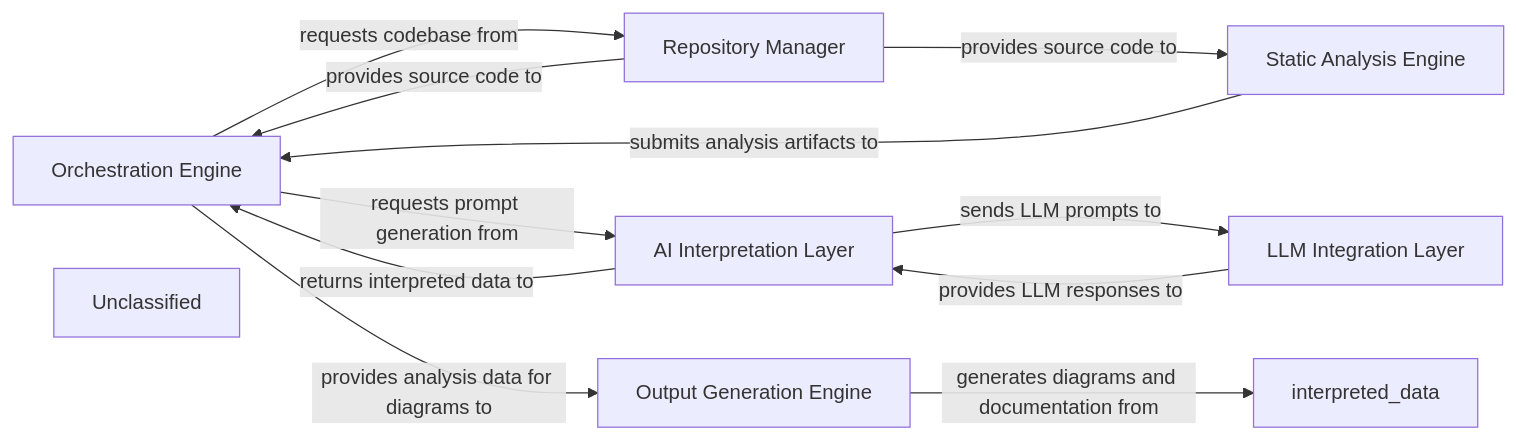
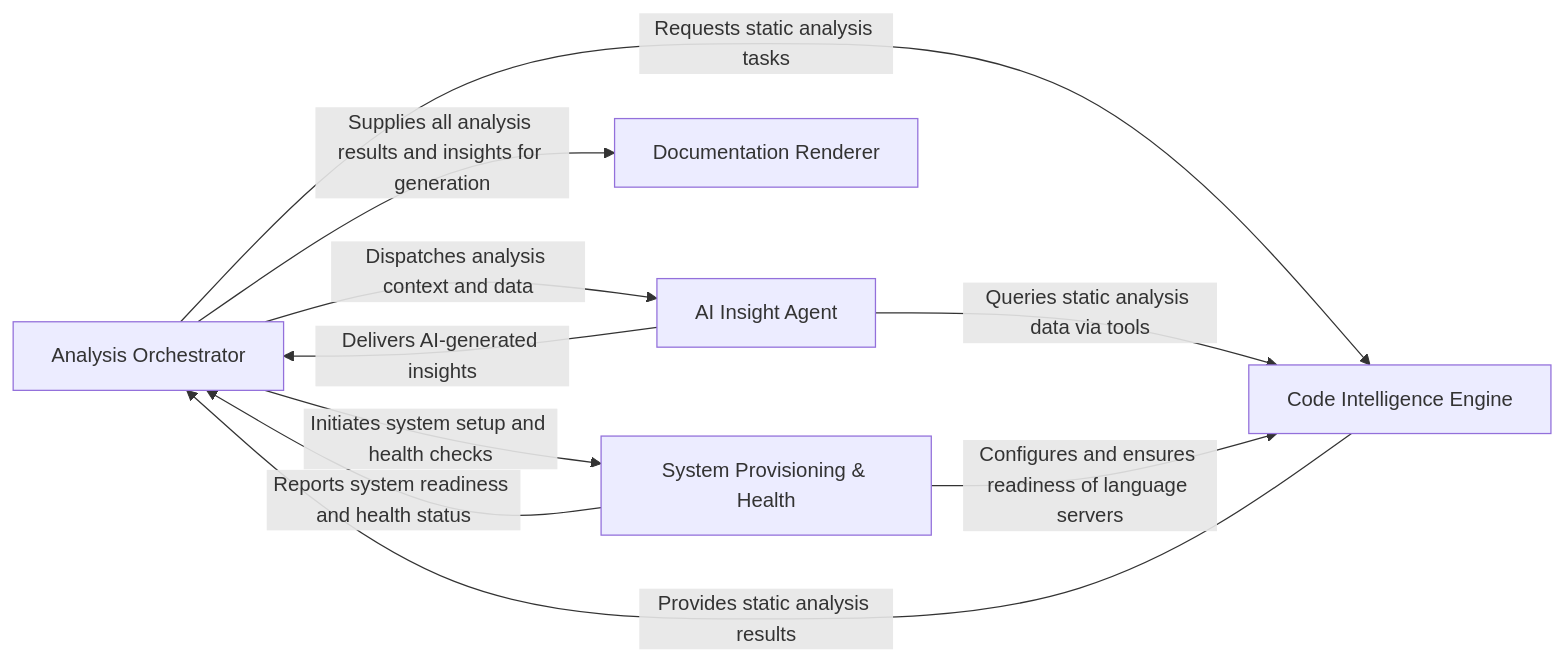
The sixth of 6 diagrams in docs/development/architecture.md (CodeBoarding/CodeBoarding), drawn with Mermaid before and after one commit. The commit also changed other lines of this file and 13 other files, not shown here.

First line of the commit message:
docs: update codeboarding documentation and generate architecture

````diff
--- a/docs/development/architecture.md
+++ b/docs/development/architecture.md
@@ -341,26 +475,22 @@
 ```mermaid
 graph LR
-    Orchestration_Engine["Orchestration Engine"]
-    Repository_Manager["Repository Manager"]
-    Static_Analysis_Engine["Static Analysis Engine"]
-    AI_Interpretation_Layer["AI Interpretation Layer"]
-    LLM_Integration_Layer["LLM Integration Layer"]
-    Output_Generation_Engine["Output Generation Engine"]
-    Unclassified["Unclassified"]
-    Unclassified["Unclassified"]
-    Orchestration_Engine -- "requests codebase from" --> Repository_Manager
-    Repository_Manager -- "provides source code to" --> Static_Analysis_Engine
-    Static_Analysis_Engine -- "submits analysis artifacts to" --> Orchestration_Engine
-    Orchestration_Engine -- "requests prompt generation from" --> AI_Interpretation_Layer
-    AI_Interpretation_Layer -- "sends LLM prompts to" --> LLM_Integration_Layer
-    LLM_Integration_Layer -- "provides LLM responses to" --> AI_Interpretation_Layer
-    AI_Interpretation_Layer -- "returns interpreted data to" --> Orchestration_Engine
-    Orchestration_Engine -- "provides analysis data for diagrams to" --> Output_Generation_Engine
-    Output_Generation_Engine -- "generates diagrams and documentation from" --> interpreted_data
-    Repository_Manager -- "provides source code to" --> Orchestration_Engine
-    click Orchestration_Engine href "https://github.com/CodeBoarding/CodeBoarding/blob/main/.codeboarding/Orchestration_Engine.md" "Details"
-    click Repository_Manager href "https://github.com/CodeBoarding/CodeBoarding/blob/main/.codeboarding/Repository_Manager.md" "Details"
-    click Static_Analysis_Engine href "https://github.com/CodeBoarding/CodeBoarding/blob/main/.codeboarding/Static_Analysis_Engine.md" "Details"
-    click AI_Interpretation_Layer href "https://github.com/CodeBoarding/CodeBoarding/blob/main/.codeboarding/AI_Interpretation_Layer.md" "Details"
-    click LLM_Integration_Layer href "https://github.com/CodeBoarding/CodeBoarding/blob/main/.codeboarding/LLM_Integration_Layer.md" "Details"
+    Analysis_Orchestrator["Analysis Orchestrator"]
+    Code_Intelligence_Engine["Code Intelligence Engine"]
+    AI_Insight_Agent["AI Insight Agent"]
+    Documentation_Renderer["Documentation Renderer"]
+    System_Provisioning_Health["System Provisioning & Health"]
+    Analysis_Orchestrator -- "Requests static analysis tasks" --> Code_Intelligence_Engine
+    Code_Intelligence_Engine -- "Provides static analysis results" --> Analysis_Orchestrator
+    Analysis_Orchestrator -- "Dispatches analysis context and data" --> AI_Insight_Agent
+    AI_Insight_Agent -- "Delivers AI-generated insights" --> Analysis_Orchestrator
+    AI_Insight_Agent -- "Queries static analysis data via tools" --> Code_Intelligence_Engine
+    Analysis_Orchestrator -- "Supplies all analysis results and insights for generation" --> Documentation_Renderer
+    Analysis_Orchestrator -- "Initiates system setup and health checks" --> System_Provisioning_Health
+    System_Provisioning_Health -- "Reports system readiness and health status" --> Analysis_Orchestrator
+    System_Provisioning_Health -- "Configures and ensures readiness of language servers" --> Code_Intelligence_Engine
+    click Analysis_Orchestrator href "https://github.com/CodeBoarding/CodeBoarding/blob/main/.codeboarding/Analysis_Orchestrator.md" "Details"
+    click Code_Intelligence_Engine href "https://github.com/CodeBoarding/CodeBoarding/blob/main/.codeboarding/Code_Intelligence_Engine.md" "Details"
+    click AI_Insight_Agent href "https://github.com/CodeBoarding/CodeBoarding/blob/main/.codeboarding/AI_Insight_Agent.md" "Details"
+    click Documentation_Renderer href "https://github.com/CodeBoarding/CodeBoarding/blob/main/.codeboarding/Documentation_Renderer.md" "Details"
+    click System_Provisioning_Health href "https://github.com/CodeBoarding/CodeBoarding/blob/main/.codeboarding/System_Provisioning_Health.md" "Details"
 ```
````
